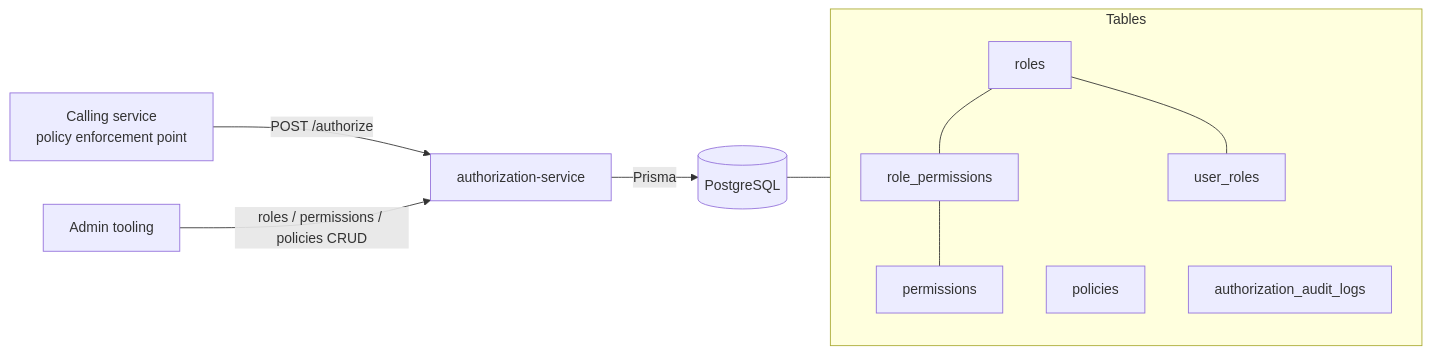
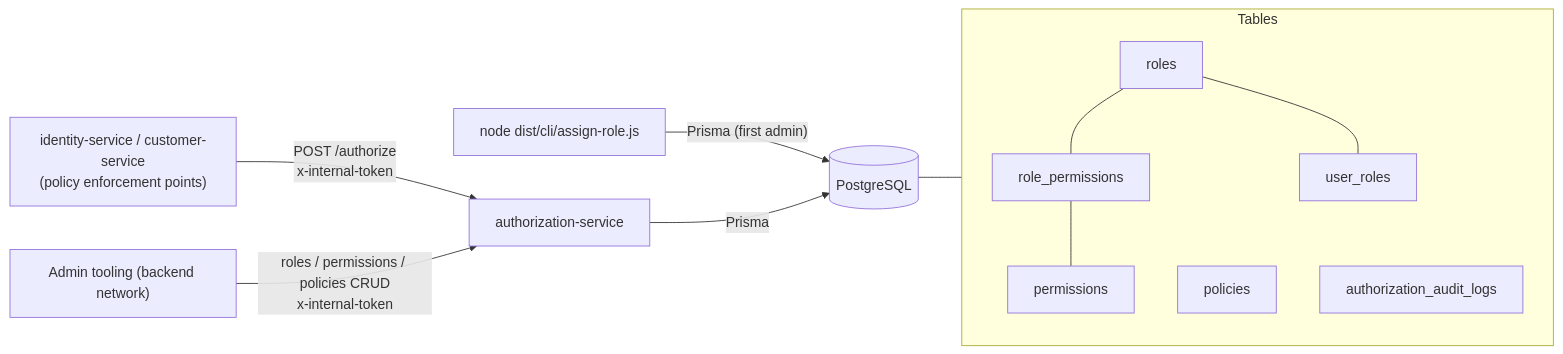
One commit to master-node1/the-aura-lab changed the first of 4 diagrams in services/authorization-service/README.md. Above: the diagram before and after it, drawn with Mermaid. The commit also changed other lines of this file and 31 other files, not shown here.

````diff
--- a/services/authorization-service/README.md
+++ b/services/authorization-service/README.md
@@ -33,13 +34,14 @@
 ```mermaid
 flowchart LR
-    SVC[Calling service<br/>policy enforcement point] -->|POST /authorize| AZ[authorization-service]
-    ADMIN[Admin tooling] -->|roles / permissions / policies CRUD| AZ
+    SVC["identity-service / customer-service<br/>(policy enforcement points)"] -->|"POST /authorize<br/>x-internal-token"| AZ[authorization-service]
+    ADMIN["Admin tooling (backend network)"] -->|"roles / permissions / policies CRUD<br/>x-internal-token"| AZ
+    CLI["node dist/cli/assign-role.js"] -->|"Prisma (first admin)"| PG
     AZ -->|Prisma| PG[(PostgreSQL)]
     subgraph PG_T[Tables]
       R[roles] --- RP[role_permissions] --- P[permissions]
       R --- UR[user_roles]
       POL[policies]
       AL[authorization_audit_logs]
     end
     PG --- PG_T
 ```
````
